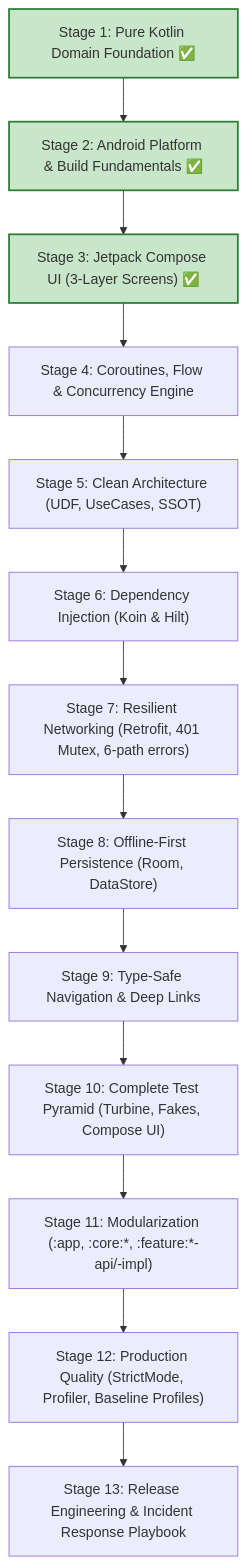
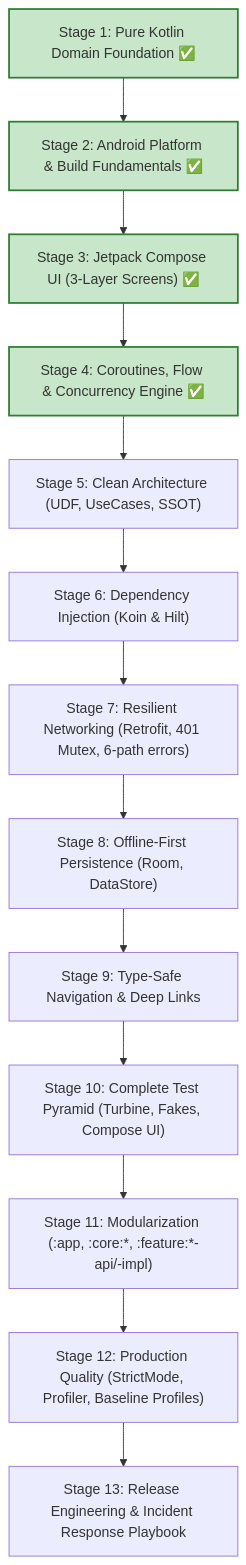
One commit to rohitlavate97/android-development changed the diagram in enterprise-finance-tracker-real-time-app/README.md. Above: the diagram before and after it, drawn with Mermaid. The commit also changed other lines of this file and 11 other files, not shown here.

Commit message:
feat(stage-4): Implement Coroutines & Flow concurrency engine with StateFlow, DispatcherProvider, and Turbine tests

````diff
--- a/enterprise-finance-tracker-real-time-app/README.md
+++ b/enterprise-finance-tracker-real-time-app/README.md
@@ -21,19 +21,20 @@
 ```mermaid
 graph TD
     S01["Stage 1: Pure Kotlin Domain Foundation ✅"] --> S02["Stage 2: Android Platform & Build Fundamentals ✅"]
     S02 --> S03["Stage 3: Jetpack Compose UI (3-Layer Screens) ✅"]
-    S03 --> S04["Stage 4: Coroutines, Flow & Concurrency Engine"]
+    S03 --> S04["Stage 4: Coroutines, Flow & Concurrency Engine ✅"]
     S04 --> S05["Stage 5: Clean Architecture (UDF, UseCases, SSOT)"]
     S05 --> S06["Stage 6: Dependency Injection (Koin & Hilt)"]
     S06 --> S07["Stage 7: Resilient Networking (Retrofit, 401 Mutex, 6-path errors)"]
     S07 --> S08["Stage 8: Offline-First Persistence (Room, DataStore)"]
     S08 --> S09["Stage 9: Type-Safe Navigation & Deep Links"]
     S09 --> S10["Stage 10: Complete Test Pyramid (Turbine, Fakes, Compose UI)"]
     S10 --> S11["Stage 11: Modularization (:app, :core:*, :feature:*-api/-impl)"]
     S11 --> S12["Stage 12: Production Quality (StrictMode, Profiler, Baseline Profiles)"]
     S12 --> S13["Stage 13: Release Engineering & Incident Response Playbook"]
 
     style S01 fill:#c8e6c9,stroke:#2e7d32,stroke-width:2px
     style S02 fill:#c8e6c9,stroke:#2e7d32,stroke-width:2px
     style S03 fill:#c8e6c9,stroke:#2e7d32,stroke-width:2px
+    style S04 fill:#c8e6c9,stroke:#2e7d32,stroke-width:2px
 ```
````
